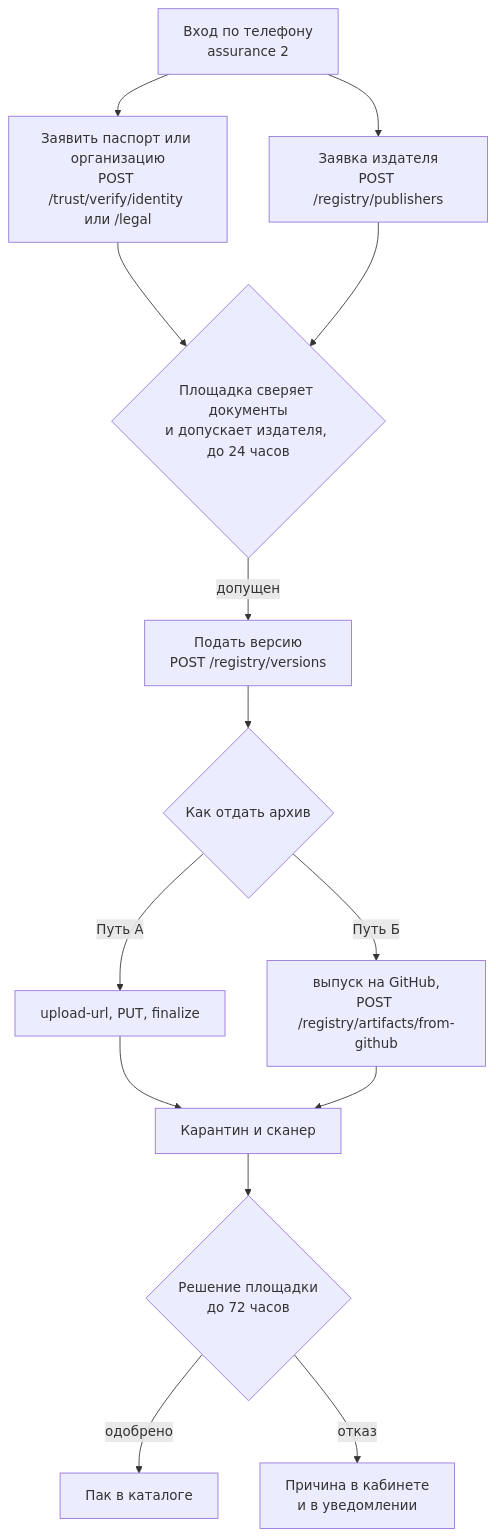
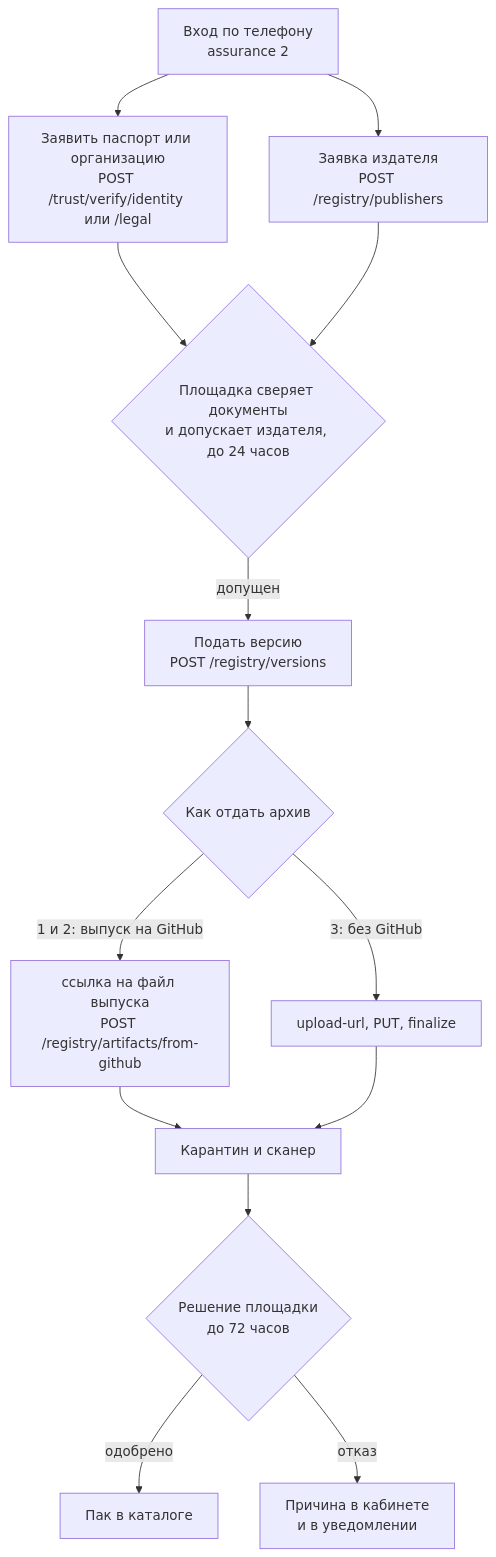
One commit to lech2000/fixar-packs changed the diagram in README.md. Above: the diagram before and after it, drawn with Mermaid. The commit also changed other lines of this file and 9 other files, not shown here.

````diff
--- a/README.md
+++ b/README.md
@@ -65,16 +170,16 @@
 ```mermaid
 flowchart TD
     A["Вход по телефону<br/>assurance 2"] --> B["Заявить паспорт или организацию<br/>POST /trust/verify/identity или /legal"]
     A --> D["Заявка издателя<br/>POST /registry/publishers"]
     B --> E{"Площадка сверяет документы<br/>и допускает издателя, до 24 часов"}
     D --> E
     E -->|допущен| F["Подать версию<br/>POST /registry/versions"]
     F --> G{"Как отдать архив"}
-    G -->|"Путь А"| H["upload-url, PUT, finalize"]
-    G -->|"Путь Б"| I["выпуск на GitHub,<br/>POST /registry/artifacts/from-github"]
-    H --> J["Карантин и сканер"]
-    I --> J
+    G -->|"1 и 2: выпуск на GitHub"| I["ссылка на файл выпуска<br/>POST /registry/artifacts/from-github"]
+    G -->|"3: без GitHub"| H["upload-url, PUT, finalize"]
+    I --> J["Карантин и сканер"]
+    H --> J
     J --> K{"Решение площадки<br/>до 72 часов"}
     K -->|одобрено| L["Пак в каталоге"]
     K -->|отказ| M["Причина в кабинете<br/>и в уведомлении"]
 ```
````
